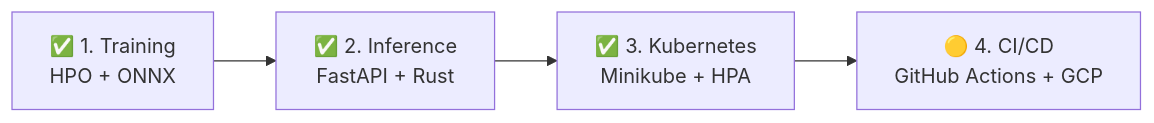
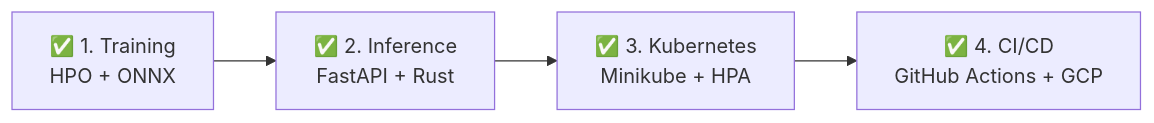
The first of 8 diagrams in README.md (PilotLeoYan/RecycleNet-K8s), drawn with Mermaid before and after one commit. The commit also changed other lines of this file and 18 other files, not shown here.

````diff
--- a/README.md
+++ b/README.md
@@ -11,4 +11,4 @@
 ```mermaid
 flowchart LR
-    F1["✅ 1. Training<br/>HPO + ONNX"] --> F2["✅ 2. Inference<br/>FastAPI + Rust"] --> F3["✅ 3. Kubernetes<br/>Minikube + HPA"] --> F4["🟡 4. CI/CD<br/>GitHub Actions + GCP"]
+    F1["✅ 1. Training<br/>HPO + ONNX"] --> F2["✅ 2. Inference<br/>FastAPI + Rust"] --> F3["✅ 3. Kubernetes<br/>Minikube + HPA"] --> F4["✅ 4. CI/CD<br/>GitHub Actions + GCP"]
 ```
````
